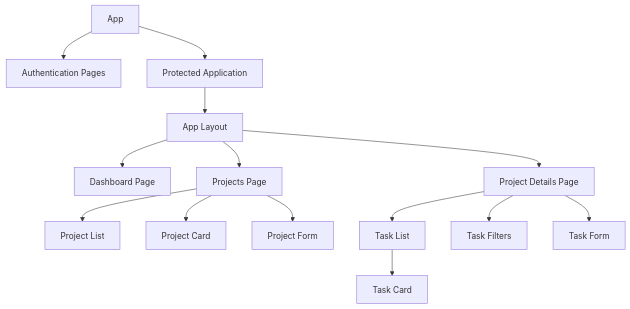
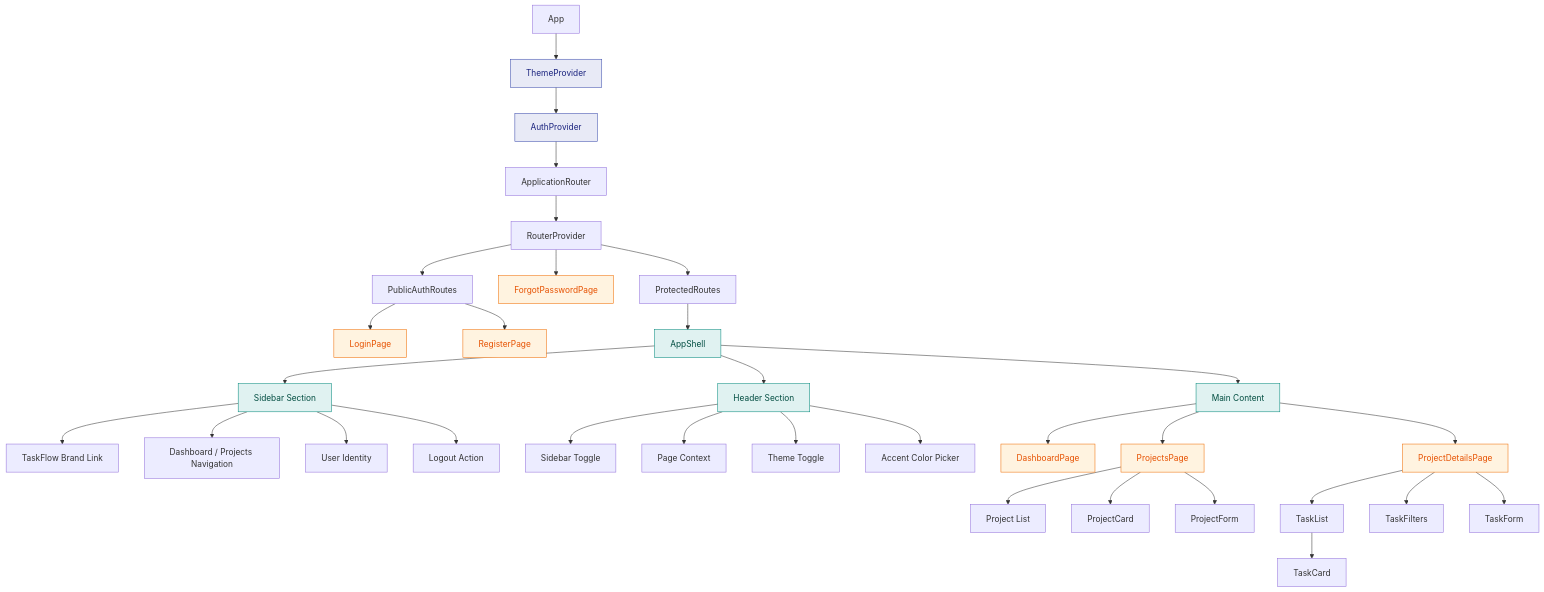
Before and after one commit to Hekal74/taskflow: the diagram in docs/diagrams/component-tree.mmd, drawn with Mermaid. The commit also changed 9 other files, not shown here.

```diff
--- a/docs/diagrams/component-tree.mmd
+++ b/docs/diagrams/component-tree.mmd
@@ -1,17 +1,52 @@
+
 flowchart TD
-    App --> Auth[Authentication Pages]
-    App --> Protected[Protected Application]
+    App[App]
 
-    Protected --> Layout[App Layout]
-    Layout --> Dashboard[Dashboard Page]
-    Layout --> Projects[Projects Page]
-    Layout --> ProjectDetails[Project Details Page]
+    App --> ThemeProvider[ThemeProvider]
+    ThemeProvider --> AuthProvider[AuthProvider]
+    AuthProvider --> ApplicationRouter[ApplicationRouter]
+    ApplicationRouter --> Router[RouterProvider]
+
+    Router --> PublicAuth[PublicAuthRoutes]
+    Router --> ForgotPassword[ForgotPasswordPage]
+    Router --> Protected[ProtectedRoutes]
+
+    PublicAuth --> Login[LoginPage]
+    PublicAuth --> Register[RegisterPage]
+
+    Protected --> AppShell[AppShell]
+
+    AppShell --> Sidebar[Sidebar Section]
+    AppShell --> Header[Header Section]
+    AppShell --> Main[Main Content]
+
+    Sidebar --> Brand[TaskFlow Brand Link]
+    Sidebar --> Navigation[Dashboard / Projects Navigation]
+    Sidebar --> UserIdentity[User Identity]
+    Sidebar --> Logout[Logout Action]
+
+    Header --> SidebarToggle[Sidebar Toggle]
+    Header --> PageContext[Page Context]
+    Header --> ThemeToggle[Theme Toggle]
+    Header --> AccentPicker[Accent Color Picker]
+
+    Main --> Dashboard[DashboardPage]
+    Main --> Projects[ProjectsPage]
+    Main --> ProjectDetails[ProjectDetailsPage]
 
     Projects --> ProjectList[Project List]
-    Projects --> ProjectCard[Project Card]
-    Projects --> ProjectForm[Project Form]
+    Projects --> ProjectCard[ProjectCard]
+    Projects --> ProjectForm[ProjectForm]
 
-    ProjectDetails --> TaskList[Task List]
-    ProjectDetails --> TaskFilters[Task Filters]
-    ProjectDetails --> TaskForm[Task Form]
-    TaskList --> TaskCard[Task Card]
+    ProjectDetails --> TaskList[TaskList]
+    ProjectDetails --> TaskFilters[TaskFilters]
+    ProjectDetails --> TaskForm[TaskForm]
+    TaskList --> TaskCard[TaskCard]
+
+    classDef provider fill:#e8eaf6,stroke:#3949ab,color:#1a237e
+    classDef layout fill:#e0f2f1,stroke:#00897b,color:#004d40
+    classDef feature fill:#fff3e0,stroke:#ef6c00,color:#e65100
+
+    class ThemeProvider,AuthProvider provider
+    class AppShell,Sidebar,Header,Main layout
+    class Dashboard,Projects,ProjectDetails,Login,Register,ForgotPassword feature
```
